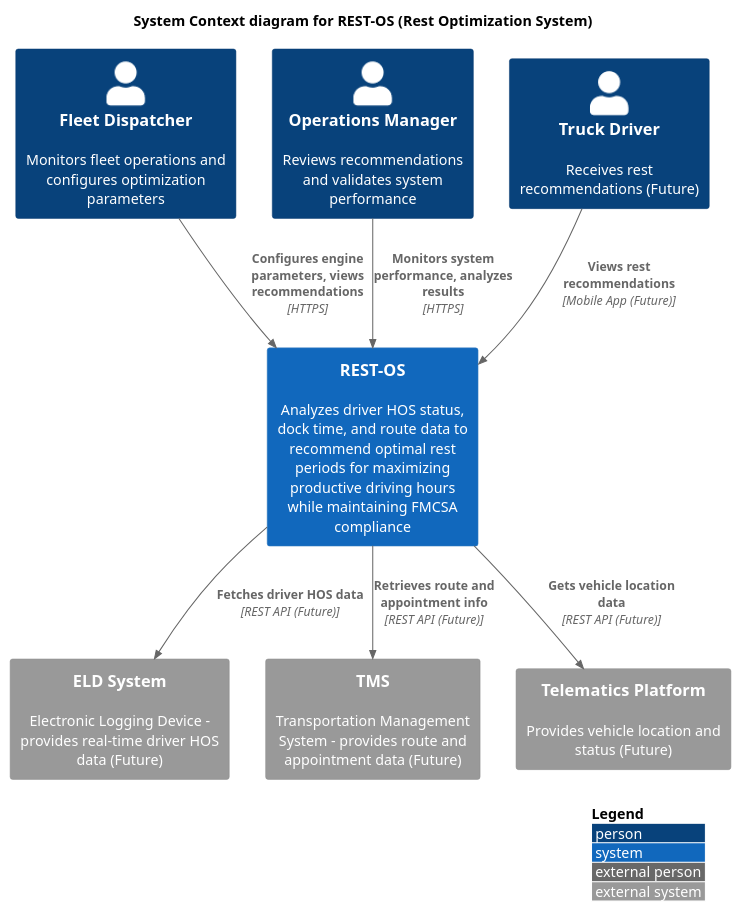
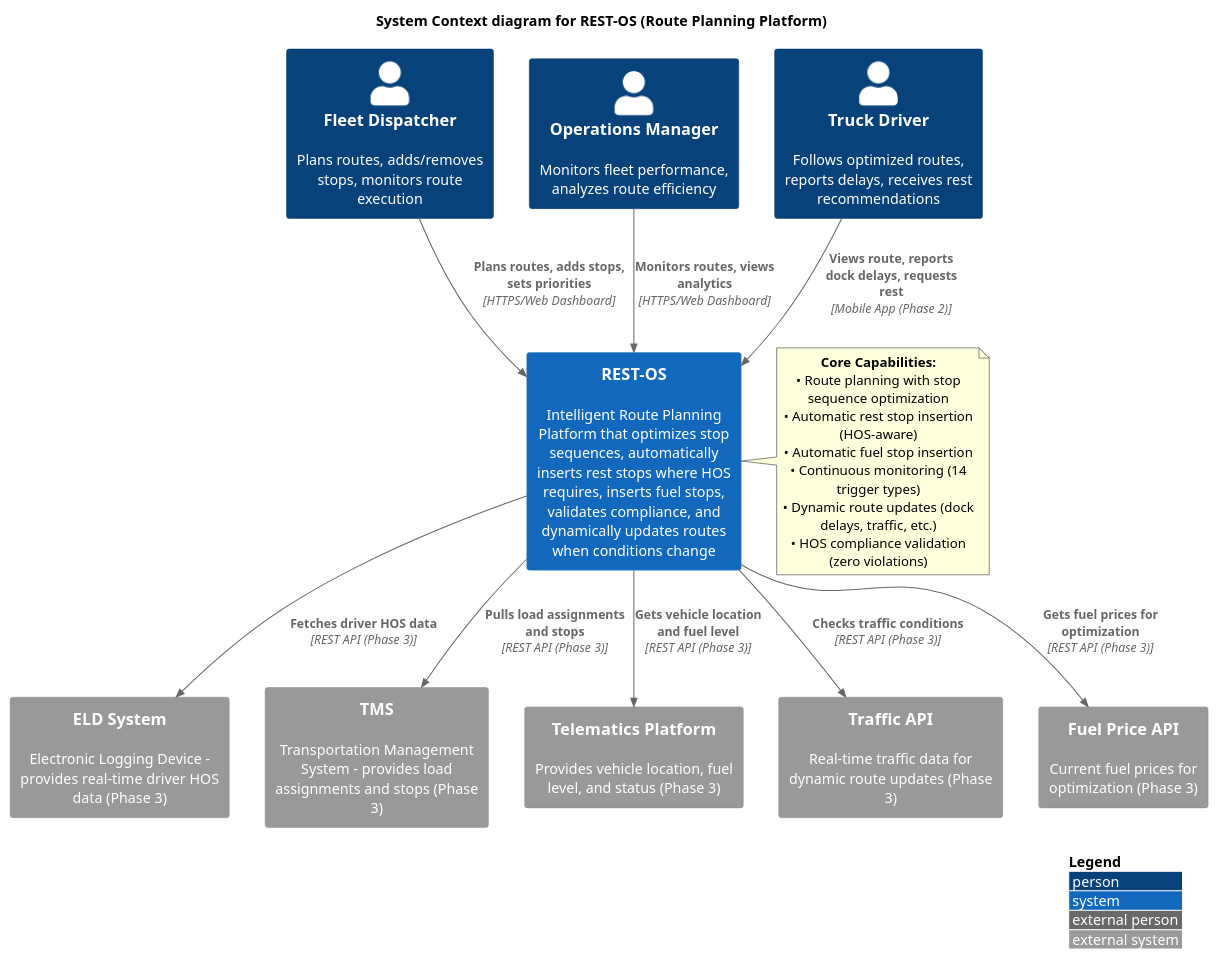
The diagram in .docs/architecture/c4-level1-context.puml (app-shore/sally), drawn with PlantUML before and after one commit. The commit also changed 30 other files, not shown here.

Commit message:
route planning changes

```diff
--- a/.docs/architecture/c4-level1-context.puml
+++ b/.docs/architecture/c4-level1-context.puml
@@ -1,26 +1,40 @@
 @startuml C4_Context
 !include https://raw.githubusercontent.com/plantuml-stdlib/C4-PlantUML/master/C4_Context.puml
 
 LAYOUT_WITH_LEGEND()
 
-title System Context diagram for REST-OS (Rest Optimization System)
+title System Context diagram for REST-OS (Route Planning Platform)
 
-Person(dispatcher, "Fleet Dispatcher", "Monitors fleet operations and configures optimization parameters")
-Person(operations, "Operations Manager", "Reviews recommendations and validates system performance")
-Person(driver, "Truck Driver", "Receives rest recommendations (Future)")
+Person(dispatcher, "Fleet Dispatcher", "Plans routes, adds/removes stops, monitors route execution")
+Person(operations, "Operations Manager", "Monitors fleet performance, analyzes route efficiency")
+Person(driver, "Truck Driver", "Follows optimized routes, reports delays, receives rest recommendations")
 
-System(restos, "REST-OS", "Analyzes driver HOS status, dock time, and route data to recommend optimal rest periods for maximizing productive driving hours while maintaining FMCSA compliance")
+System(restos, "REST-OS", "Intelligent Route Planning Platform that optimizes stop sequences, automatically inserts rest stops where HOS requires, inserts fuel stops, validates compliance, and dynamically updates routes when conditions change")
 
-System_Ext(eld, "ELD System", "Electronic Logging Device - provides real-time driver HOS data (Future)")
-System_Ext(tms, "TMS", "Transportation Management System - provides route and appointment data (Future)")
-System_Ext(telematics, "Telematics Platform", "Provides vehicle location and status (Future)")
+System_Ext(eld, "ELD System", "Electronic Logging Device - provides real-time driver HOS data (Phase 3)")
+System_Ext(tms, "TMS", "Transportation Management System - provides load assignments and stops (Phase 3)")
+System_Ext(telematics, "Telematics Platform", "Provides vehicle location, fuel level, and status (Phase 3)")
+System_Ext(traffic, "Traffic API", "Real-time traffic data for dynamic route updates (Phase 3)")
+System_Ext(fuel_prices, "Fuel Price API", "Current fuel prices for optimization (Phase 3)")
 
-Rel(dispatcher, restos, "Configures engine parameters, views recommendations", "HTTPS")
-Rel(operations, restos, "Monitors system performance, analyzes results", "HTTPS")
-Rel(driver, restos, "Views rest recommendations", "Mobile App (Future)")
+Rel(dispatcher, restos, "Plans routes, adds stops, sets priorities", "HTTPS/Web Dashboard")
+Rel(operations, restos, "Monitors routes, views analytics", "HTTPS/Web Dashboard")
+Rel(driver, restos, "Views route, reports dock delays, requests rest", "Mobile App (Phase 2)")
 
-Rel(restos, eld, "Fetches driver HOS data", "REST API (Future)")
-Rel(restos, tms, "Retrieves route and appointment info", "REST API (Future)")
-Rel(restos, telematics, "Gets vehicle location data", "REST API (Future)")
+Rel(restos, eld, "Fetches driver HOS data", "REST API (Phase 3)")
+Rel(restos, tms, "Pulls load assignments and stops", "REST API (Phase 3)")
+Rel(restos, telematics, "Gets vehicle location and fuel level", "REST API (Phase 3)")
+Rel(restos, traffic, "Checks traffic conditions", "REST API (Phase 3)")
+Rel(restos, fuel_prices, "Gets fuel prices for optimization", "REST API (Phase 3)")
+
+note right of restos
+  **Core Capabilities:**
+  • Route planning with stop sequence optimization
+  • Automatic rest stop insertion (HOS-aware)
+  • Automatic fuel stop insertion
+  • Continuous monitoring (14 trigger types)
+  • Dynamic route updates (dock delays, traffic, etc.)
+  • HOS compliance validation (zero violations)
+end note
 
 @enduml
```
